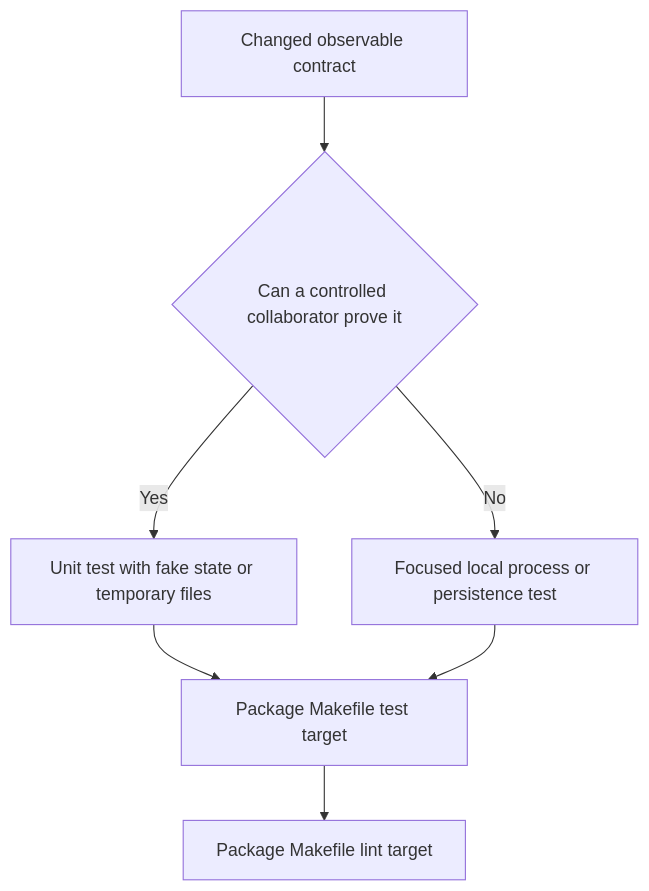
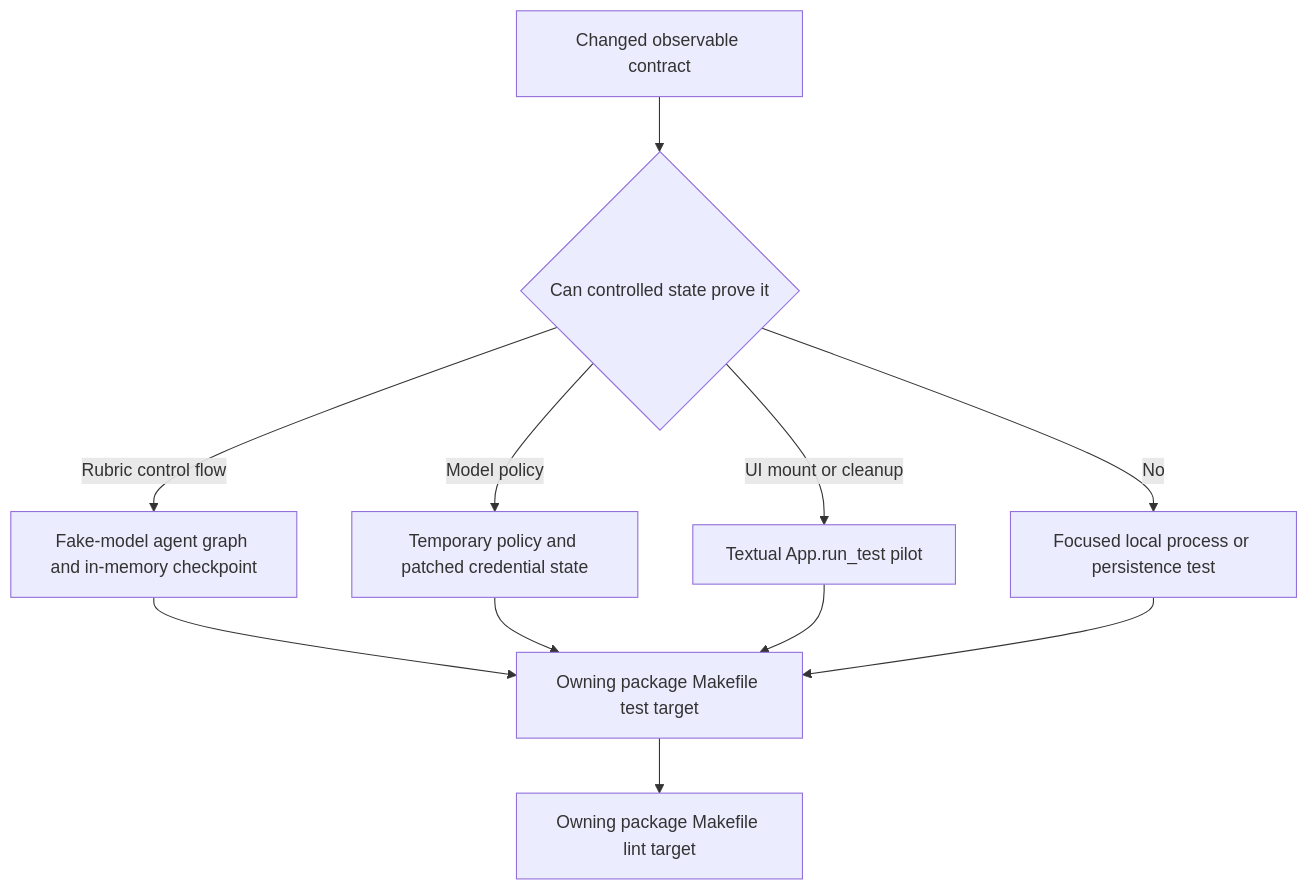
The first of 2 diagrams in openwiki/testing/testing-guide.md (langchain-ai/deepagents), drawn with Mermaid before and after one commit. The commit also changed other lines of this file and 23 other files, not shown here.

````diff
--- a/openwiki/testing/testing-guide.md
+++ b/openwiki/testing/testing-guide.md
@@ -111,9 +61,13 @@
 ```mermaid
 flowchart TD
-    Change["Changed observable contract"] --> Boundary{"Can a controlled collaborator prove it"}
-    Boundary -->|Yes| Unit["Unit test with fake state or temporary files"]
+    Change["Changed observable contract"] --> Boundary{"Can controlled state prove it"}
+    Boundary -->|Rubric control flow| FakeGraph["Fake-model agent graph and in-memory checkpoint"]
+    Boundary -->|Model policy| ConfigTest["Temporary policy and patched credential state"]
+    Boundary -->|UI mount or cleanup| TextualPilot["Textual App.run_test pilot"]
     Boundary -->|No| Integration["Focused local process or persistence test"]
-    Unit --> Make["Package Makefile test target"]
+    FakeGraph --> Make["Owning package Makefile test target"]
+    ConfigTest --> Make
+    TextualPilot --> Make
     Integration --> Make
-    Make --> Lint["Package Makefile lint target"]
+    Make --> Lint["Owning package Makefile lint target"]
 ```
````
